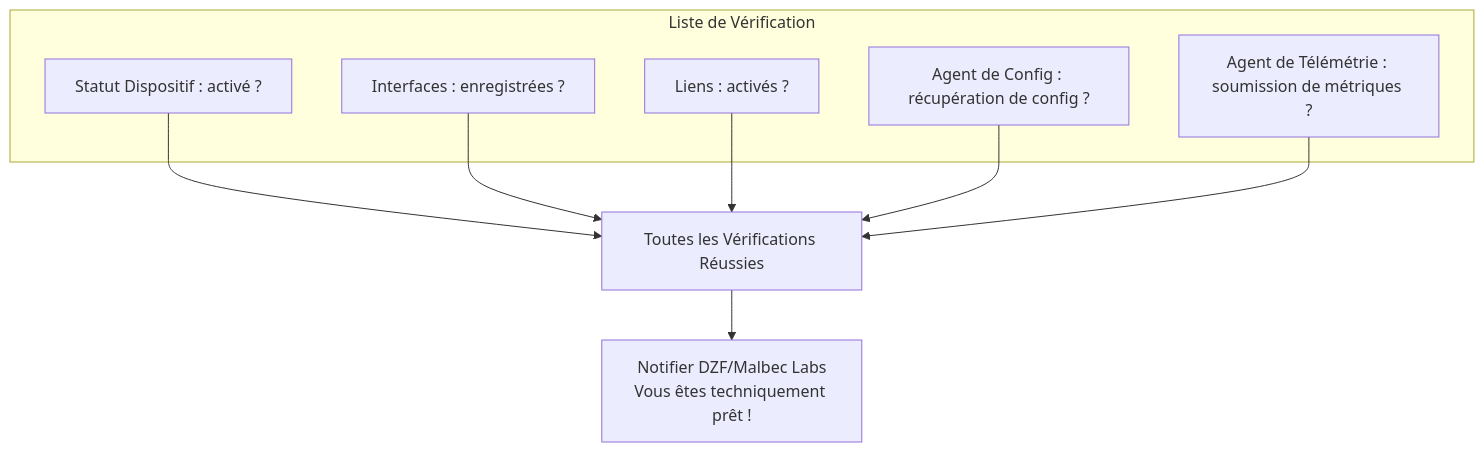
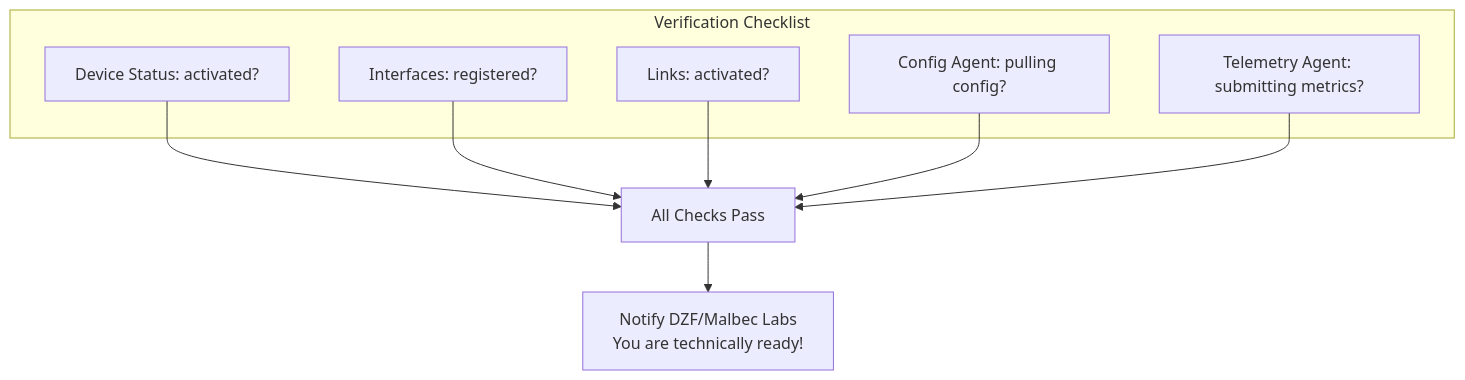
Before and after one commit to malbeclabs/docs: diagram 13 of 13 in docs/contribute-provisioning.fr.md, drawn with Mermaid. The commit also changed other lines of this file and 160 other files, not shown here.

````diff
--- a/docs/contribute-provisioning.fr.md
+++ b/docs/contribute-provisioning.fr.md
@@ -960,18 +1032,18 @@
 ```mermaid
 flowchart TB
-    subgraph "Liste de Vérification"
-        D[Statut Dispositif : activé ?]
-        I[Interfaces : enregistrées ?]
-        L[Liens : activés ?]
-        CA[Agent de Config : récupération de config ?]
-        TA[Agent de Télémétrie : soumission de métriques ?]
+    subgraph "Verification Checklist"
+        D[Device Status: activated?]
+        I[Interfaces: registered?]
+        L[Links: activated?]
+        CA[Config Agent: pulling config?]
+        TA[Telemetry Agent: submitting metrics?]
     end
 
     D --> PASS
     I --> PASS
     L --> PASS
     CA --> PASS
     TA --> PASS
 
-    PASS[Toutes les Vérifications Réussies] --> NOTIFY[Notifier DZF/Malbec Labs<br/>Vous êtes techniquement prêt !]
+    PASS[All Checks Pass] --> NOTIFY[Notify DZF/Malbec Labs<br/>You are technically ready!]
 ```
````
